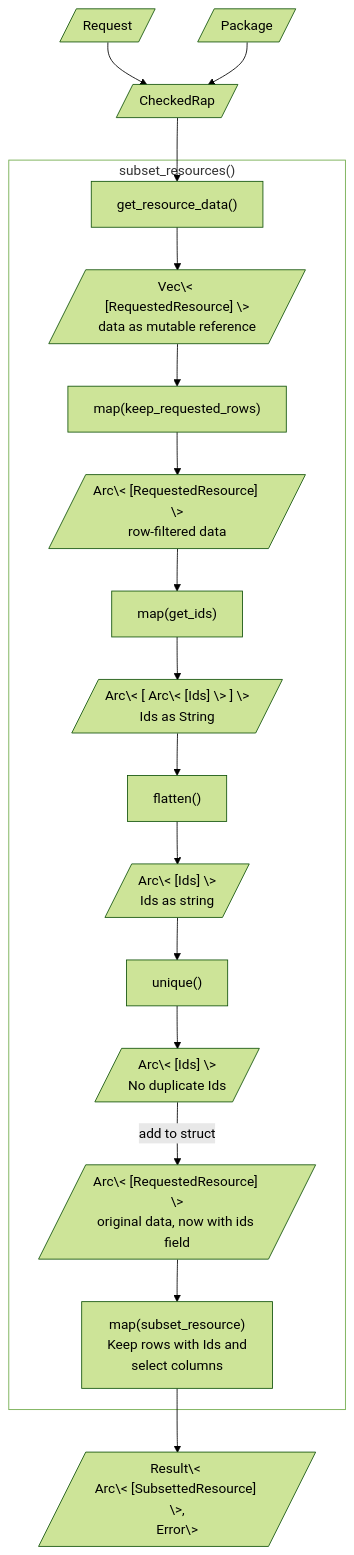
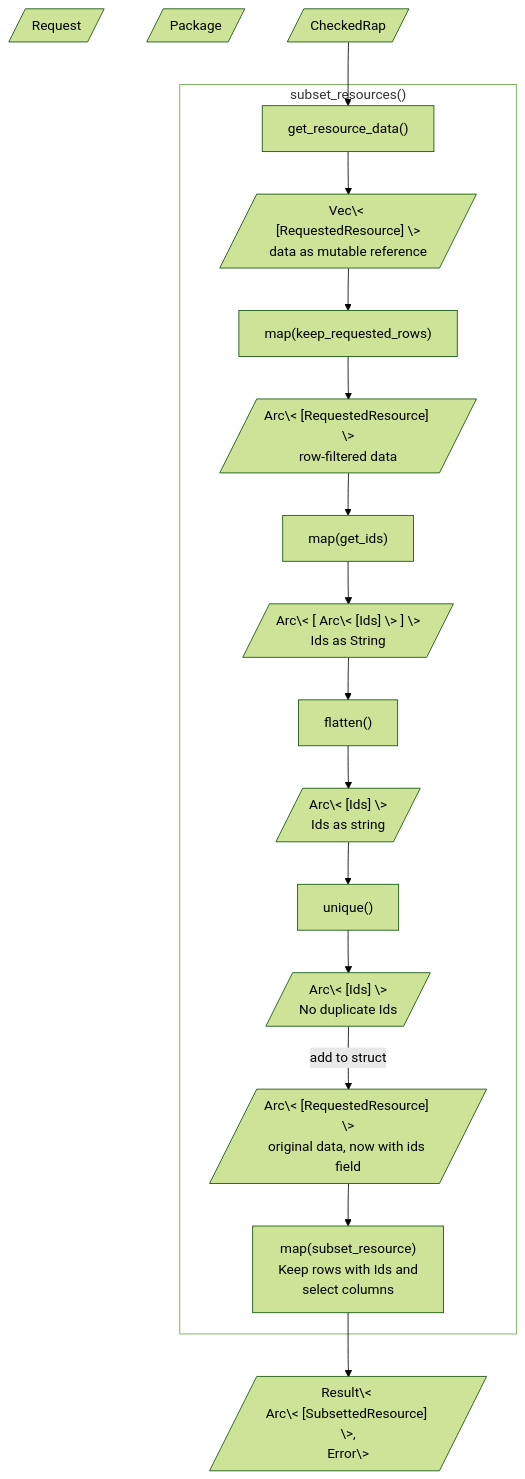
The second of 2 diagrams in docs/design/interface/rust.qmd (seedcase-project/seedcase-propagate), drawn with Mermaid (forest theme) before and after one commit. The commit also changed 1 other file, not shown here.

Commit message:
docs: :pencil2: edits from review

````diff
--- a/docs/design/interface/rust.qmd
+++ b/docs/design/interface/rust.qmd
@@ -138,49 +138,48 @@
 ```{mermaid}
 %%| label: fig-subset-flow
 %%| fig-cap: "The flow of input and output through the `subset_resources()` function."
 %%| fig-alt: >-
 %%|   Diagram showing the flow of input and output through the
 %%|   `subset_resources()` function. There are several steps involved, which are
 %%|   textually described in the list above the diagram.
 
 flowchart TD
     Request[/"Request"/]
     Package[/"Package"/]
     CheckedRap[/"CheckedRap"/]
     output[/"Result\< <br>Arc\< [SubsettedResource] \>,<br>Error\>"/]
 
-    Request & Package --> CheckedRap
     CheckedRap --> get_resource_data
 
     subgraph subset_resources ["subset_resources()"]
       get_resource_data["get_resource_data()"]
       RequestedResource1[/"Vec\< [RequestedResource] \><br>data as mutable reference"/]
       map_keep_requested_rows["map(keep_requested_rows)"]
       RequestedResource2[/"Arc\< [RequestedResource] \><br>row-filtered data"/]
       map_get_ids["map(get_ids)"]
       AAIds[/"Arc\< [ Arc\< [Ids] \> ] \><br>Ids as String"/]
       flatten["flatten()"]
       ArcIds[/"Arc\< [Ids] \><br>Ids as string"/]
       unique["unique()"]
       UniqueIds[/"Arc\< [Ids] \><br>No duplicate Ids"/]
       RequestedResource3[/"Arc\< [RequestedResource] \><br>original data, now with ids field"/]
       map_subset_resource["map(subset_resource)<br>Keep rows with Ids and<br>select columns"]
 
       get_resource_data -->
         RequestedResource1 -->
         map_keep_requested_rows -->
         RequestedResource2 -->
         map_get_ids -->
         AAIds -->
         flatten -->
         ArcIds -->
         unique -->
         UniqueIds -->|add to struct| RequestedResource3 -->
         map_subset_resource
     end
 
     map_subset_resource --> output
 
     subset_resources:::outer_function
     classDef outer_function fill:none
 ```
````
